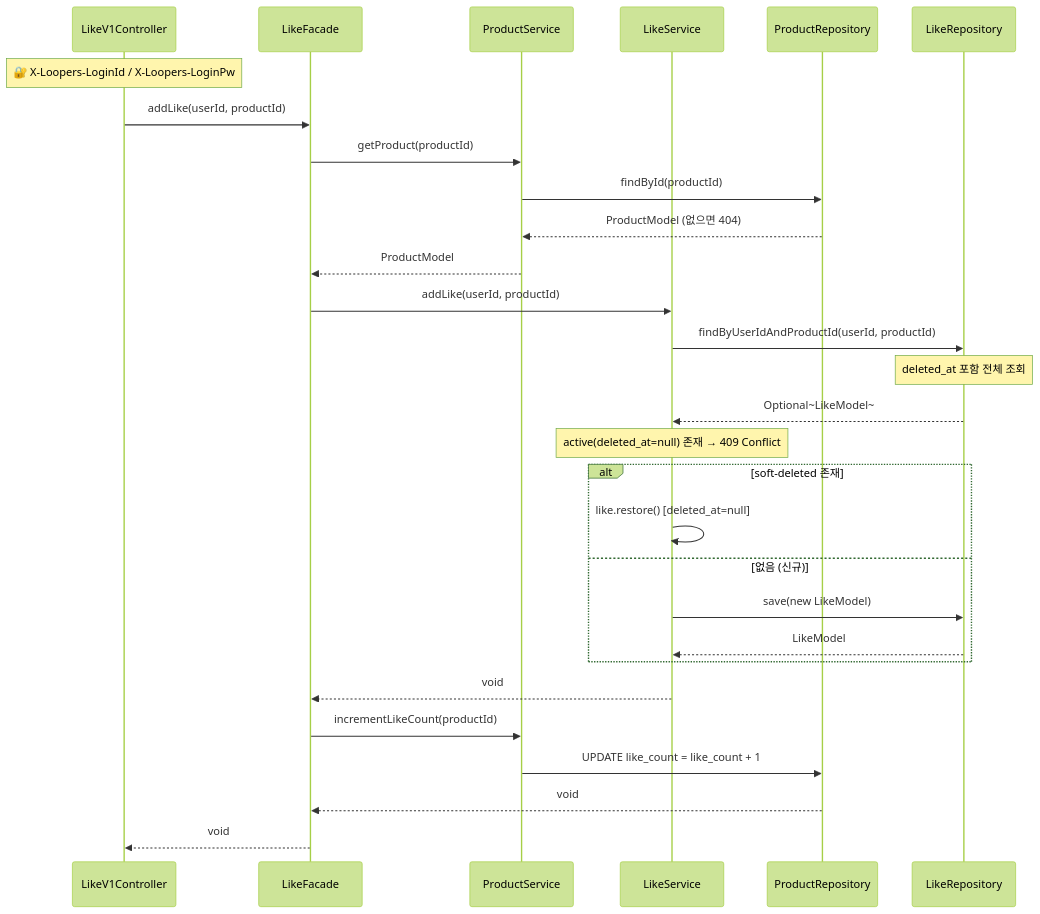
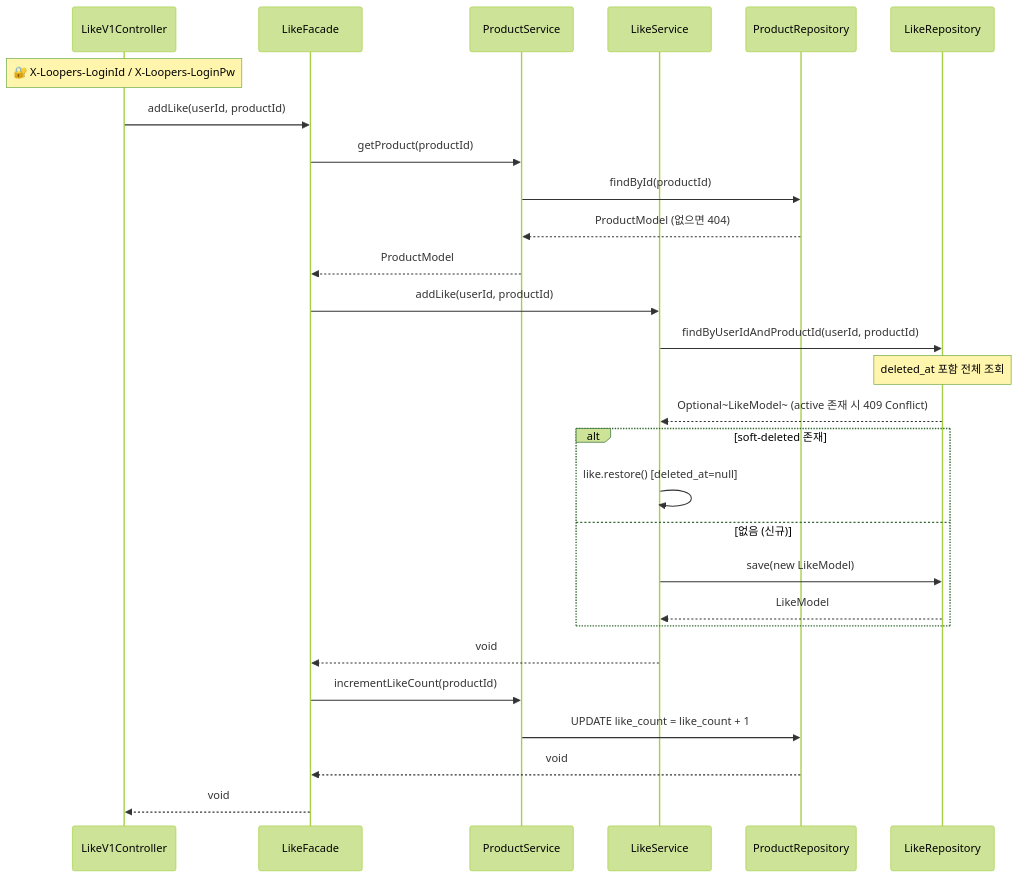
One commit to loopers-labs/loop-pack-be-l2-vol4-java changed the seventh of 10 diagrams in docs/v3/sequence.md. Above: the diagram before and after it, drawn with Mermaid (forest theme).

Commit message:
docs: 좋아요 등록 시퀀스 — 409 Conflict를 반환 화살표 레이블로 통합

````diff
--- a/docs/v3/sequence.md
+++ b/docs/v3/sequence.md
@@ -162,36 +162,35 @@
 ```mermaid
 sequenceDiagram
     Note over LikeV1Controller: 🔐 X-Loopers-LoginId / X-Loopers-LoginPw
     participant LikeV1Controller
     participant LikeFacade
     participant ProductService
     participant LikeService
     participant ProductRepository
     participant LikeRepository
 
     LikeV1Controller->>LikeFacade: addLike(userId, productId)
     LikeFacade->>ProductService: getProduct(productId)
     ProductService->>ProductRepository: findById(productId)
     ProductRepository-->>ProductService: ProductModel (없으면 404)
     ProductService-->>LikeFacade: ProductModel
 
     LikeFacade->>LikeService: addLike(userId, productId)
     LikeService->>LikeRepository: findByUserIdAndProductId(userId, productId)
     Note over LikeRepository: deleted_at 포함 전체 조회
-    LikeRepository-->>LikeService: Optional~LikeModel~
-    Note over LikeService: active(deleted_at=null) 존재 → 409 Conflict
+    LikeRepository-->>LikeService: Optional~LikeModel~ (active 존재 시 409 Conflict)
 
     alt soft-deleted 존재
         LikeService->>LikeService: like.restore() [deleted_at=null]
     else 없음 (신규)
         LikeService->>LikeRepository: save(new LikeModel)
         LikeRepository-->>LikeService: LikeModel
     end
     LikeService-->>LikeFacade: void
 
     LikeFacade->>ProductService: incrementLikeCount(productId)
     ProductService->>ProductRepository: UPDATE like_count = like_count + 1
     ProductRepository-->>LikeFacade: void
 
     LikeFacade-->>LikeV1Controller: void
 ```
````
